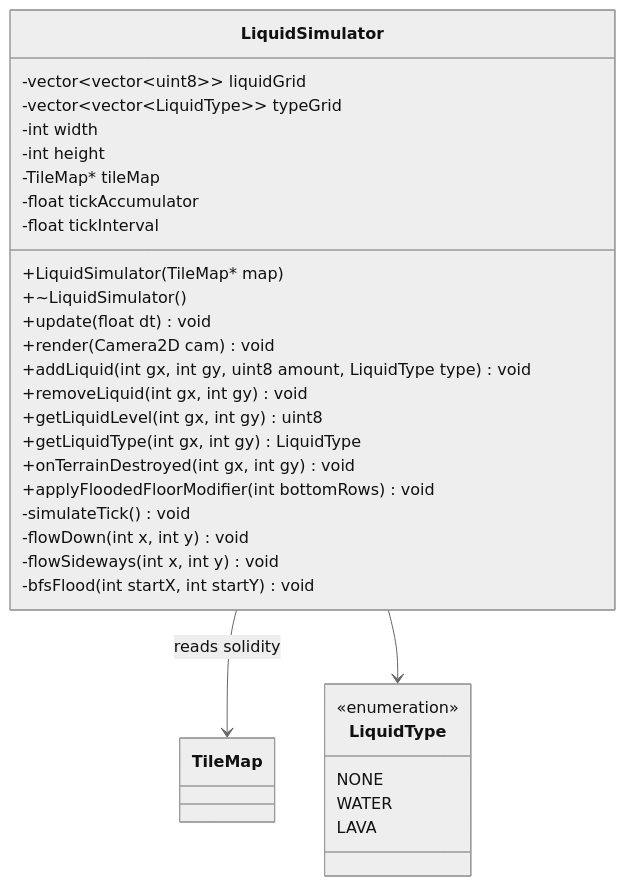
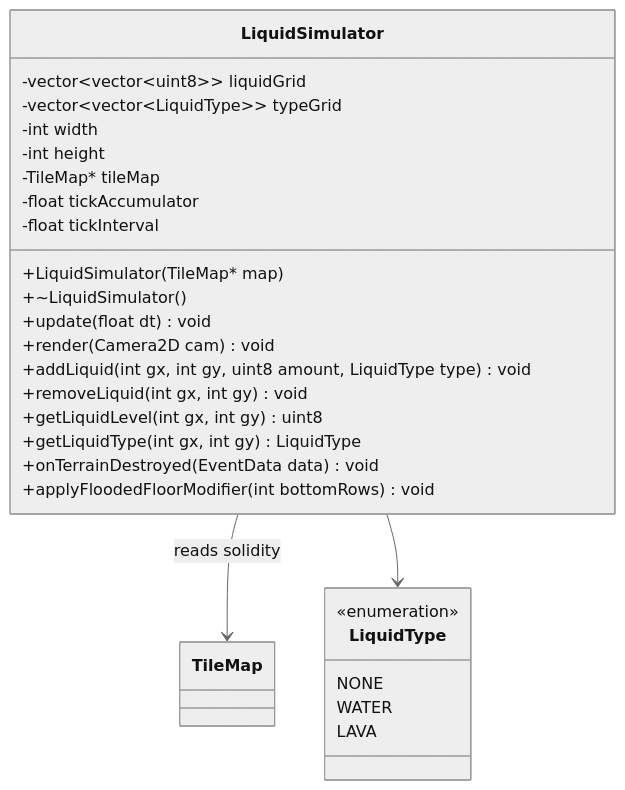
One commit to Gasmask-Chan/CS202-Cavern-Descent changed the sixth of 8 diagrams in project_plan.md. Above: the diagram before and after it, drawn with Mermaid (neutral theme). The commit also changed other lines of this file and 1 other file, not shown here.

````diff
--- a/project_plan.md
+++ b/project_plan.md
@@ -1058,36 +1058,32 @@
 ```mermaid
 classDiagram
     class LiquidSimulator {
         -vector~vector~uint8~~ liquidGrid
         -vector~vector~LiquidType~~ typeGrid
         -int width
         -int height
         -TileMap* tileMap
         -float tickAccumulator
         -float tickInterval
         +LiquidSimulator(TileMap* map)
         +~LiquidSimulator()
         +update(float dt) void
         +render(Camera2D cam) void
         +addLiquid(int gx, int gy, uint8 amount, LiquidType type) void
         +removeLiquid(int gx, int gy) void
         +getLiquidLevel(int gx, int gy) uint8
         +getLiquidType(int gx, int gy) LiquidType
-        +onTerrainDestroyed(int gx, int gy) void
+        +onTerrainDestroyed(EventData data) void
         +applyFloodedFloorModifier(int bottomRows) void
-        -simulateTick() void
-        -flowDown(int x, int y) void
-        -flowSideways(int x, int y) void
-        -bfsFlood(int startX, int startY) void
     }
 
     class LiquidType {
         <<enumeration>>
         NONE
         WATER
         LAVA
     }
 
     LiquidSimulator --> TileMap : reads solidity
     LiquidSimulator --> LiquidType
 ```
````
